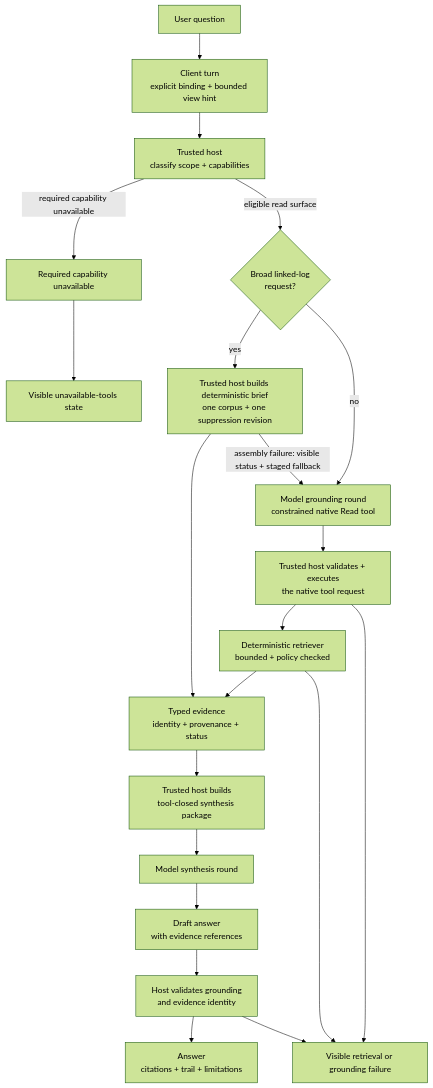
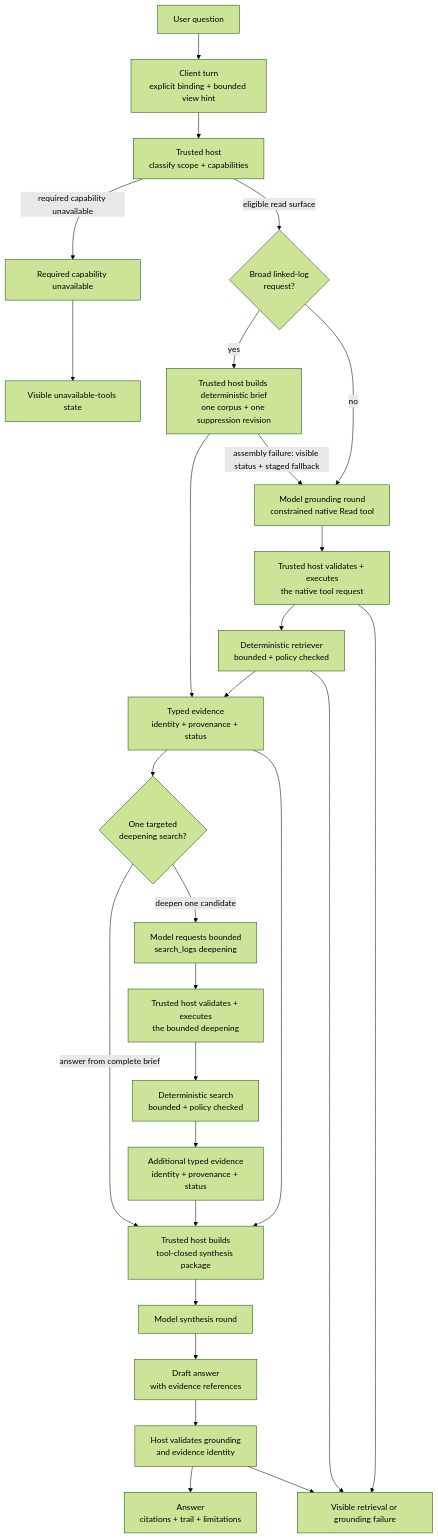
The first of 2 diagrams in docs/design/proven-methods/DETERMINISTIC_CONTEXT_ASSEMBLY.md (chriscase/ContextDesk), drawn with Mermaid (forest theme) before and after one commit. The commit also changed other lines of this file and 6 other files, not shown here.

````diff
--- a/docs/design/proven-methods/DETERMINISTIC_CONTEXT_ASSEMBLY.md
+++ b/docs/design/proven-methods/DETERMINISTIC_CONTEXT_ASSEMBLY.md
@@ -75,32 +75,39 @@
 ```mermaid
 flowchart TB
 %% title: Governed context assembly and visible failure paths
     U["User question"]
     UI["Client turn<br/>explicit binding + bounded view hint"]
     H["Trusted host<br/>classify scope + capabilities"]
     X["Required capability unavailable"]
     XU["Visible unavailable-tools state"]
     Q{"Broad linked-log<br/>request?"}
     B["Trusted host builds deterministic brief<br/>one corpus + one suppression revision"]
+    O{"One targeted<br/>deepening search?"}
+    OG["Model requests bounded<br/>search_logs deepening"]
+    OT["Trusted host validates + executes<br/>the bounded deepening"]
+    OR["Deterministic search<br/>bounded + policy checked"]
+    OE["Additional typed evidence<br/>identity + provenance + status"]
     G["Model grounding round<br/>constrained native Read tool"]
     T["Trusted host validates + executes<br/>the native tool request"]
     R["Deterministic retriever<br/>bounded + policy checked"]
     E["Typed evidence<br/>identity + provenance + status"]
     S["Trusted host builds<br/>tool-closed synthesis package"]
     Y["Model synthesis round"]
     D["Draft answer<br/>with evidence references"]
     V["Host validates grounding<br/>and evidence identity"]
     A["Answer<br/>citations + trail + limitations"]
     F["Visible retrieval or grounding failure"]
 
     U --> UI --> H
     H -->|required capability unavailable| X --> XU
     H -->|eligible read surface| Q
-    Q -->|yes| B --> E
+    Q -->|yes| B --> E --> O
+    O -->|answer from complete brief| S
+    O -->|deepen one candidate| OG --> OT --> OR --> OE --> S
     Q -->|no| G --> T --> R
     R --> E --> S --> Y --> D --> V --> A
     B -->|assembly failure: visible status + staged fallback| G
     T --> F
     R --> F
     V --> F
 ```
````
